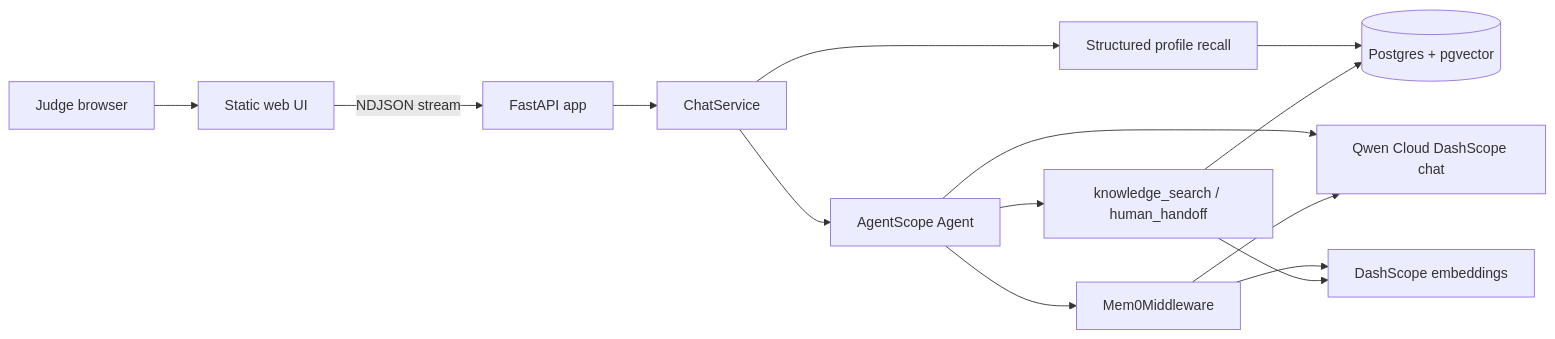
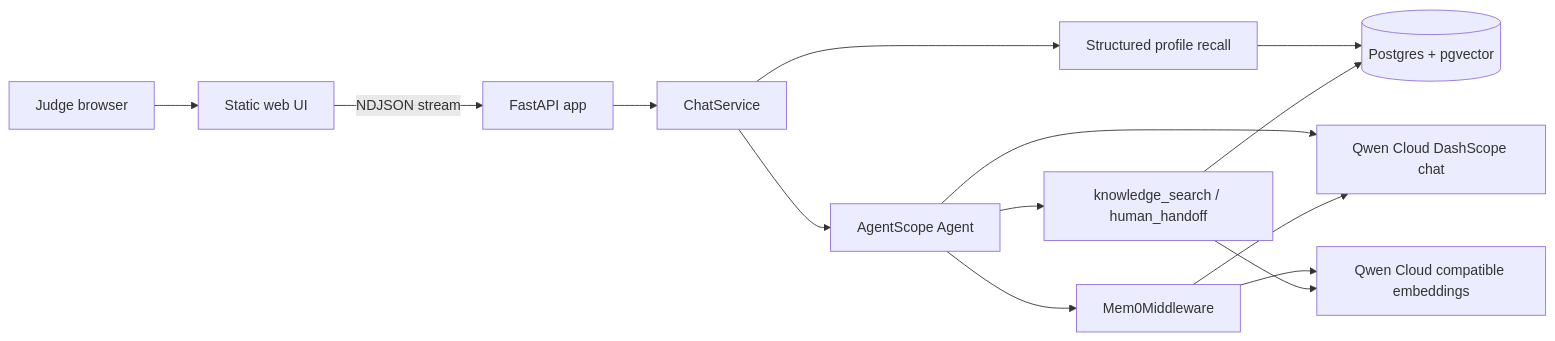
The diagram in ARCHITECTURE.md (JOY/DOSClaw-Qwen), drawn with Mermaid before and after one commit. The commit also changed other lines of this file and 10 other files, not shown here.

Commit message:
fix: route Qwen embeddings through compatible API

````diff
--- a/ARCHITECTURE.md
+++ b/ARCHITECTURE.md
@@ -7,16 +7,16 @@
 ```mermaid
 flowchart LR
   Judge[Judge browser] --> UI[Static web UI]
   UI -->|NDJSON stream| API[FastAPI app]
   API --> Service[ChatService]
   Service --> Profile[Structured profile recall]
   Service --> Agent[AgentScope Agent]
   Agent --> Mem0[Mem0Middleware]
   Agent --> Tools[knowledge_search / human_handoff]
   Profile --> PG[(Postgres + pgvector)]
   Tools --> PG
-  Agent --> Qwen[Qwen Cloud DashScope chat]
-  Mem0 --> Qwen
-  Mem0 --> Embed[DashScope embeddings]
-  Tools --> Embed
+Agent --> Qwen[Qwen Cloud DashScope chat]
+Mem0 --> Qwen
+Mem0 --> Embed[Qwen Cloud compatible embeddings]
+Tools --> Embed
 ```
````
